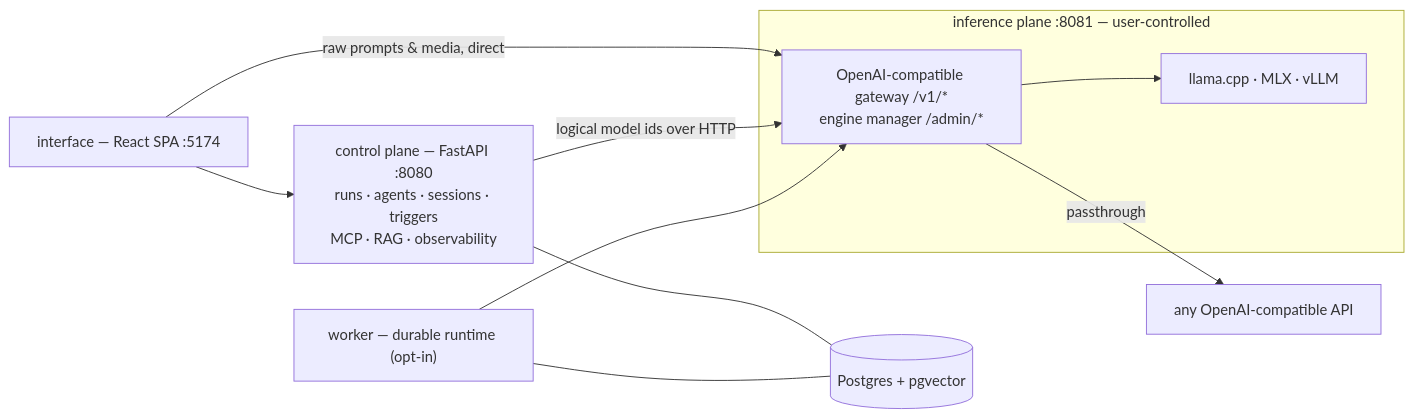
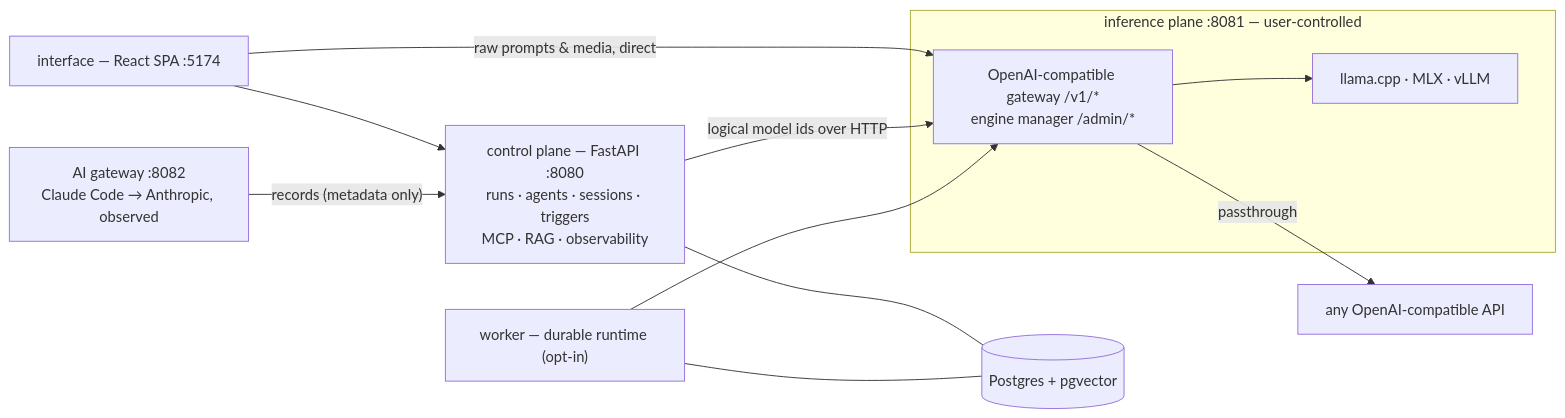
Before and after one commit to al2m4n/TheYgent: the diagram in README.md, drawn with Mermaid. The commit also changed other lines of this file and 20 other files, not shown here.

````diff
--- a/README.md
+++ b/README.md
@@ -61,21 +64,23 @@
 ```mermaid
 flowchart LR
   UI["interface — React SPA :5174"]
   API["control plane — FastAPI :8080\nruns · agents · sessions · triggers\nMCP · RAG · observability"]
   W["worker — durable runtime (opt-in)"]
   PG[("Postgres + pgvector")]
   subgraph ip["inference plane :8081 — user-controlled"]
     GW["OpenAI-compatible gateway /v1/*\nengine manager /admin/*"]
     ENG["llama.cpp · MLX · vLLM"]
   end
   HOSTED["any OpenAI-compatible API"]
+  AG["AI gateway :8082\nClaude Code → Anthropic, observed"]
 
   UI --> API
+  AG -->|"records (metadata only)"| API
   UI -->|"raw prompts & media, direct"| GW
   API -->|"logical model ids over HTTP"| GW
   W --> GW
   API --- PG
   W --- PG
   GW --> ENG
   GW -->|passthrough| HOSTED
 ```
````
